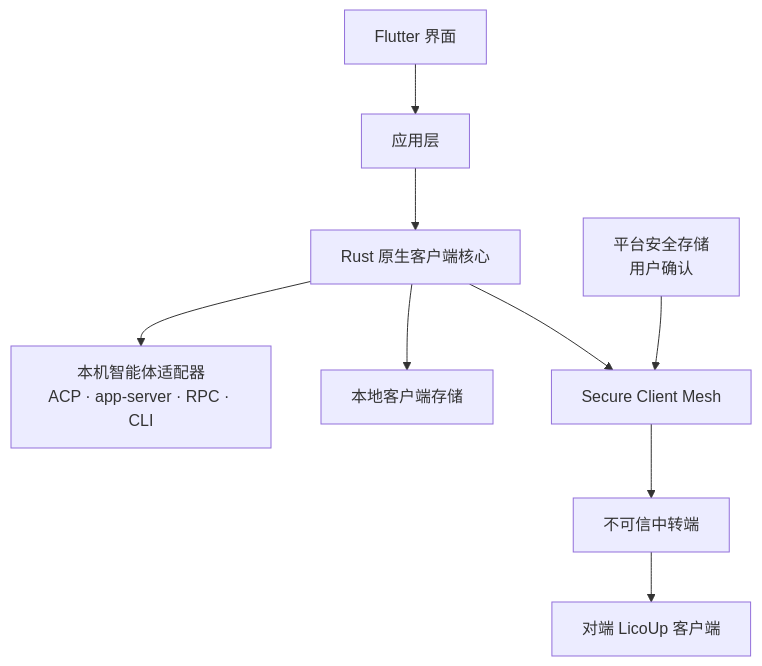
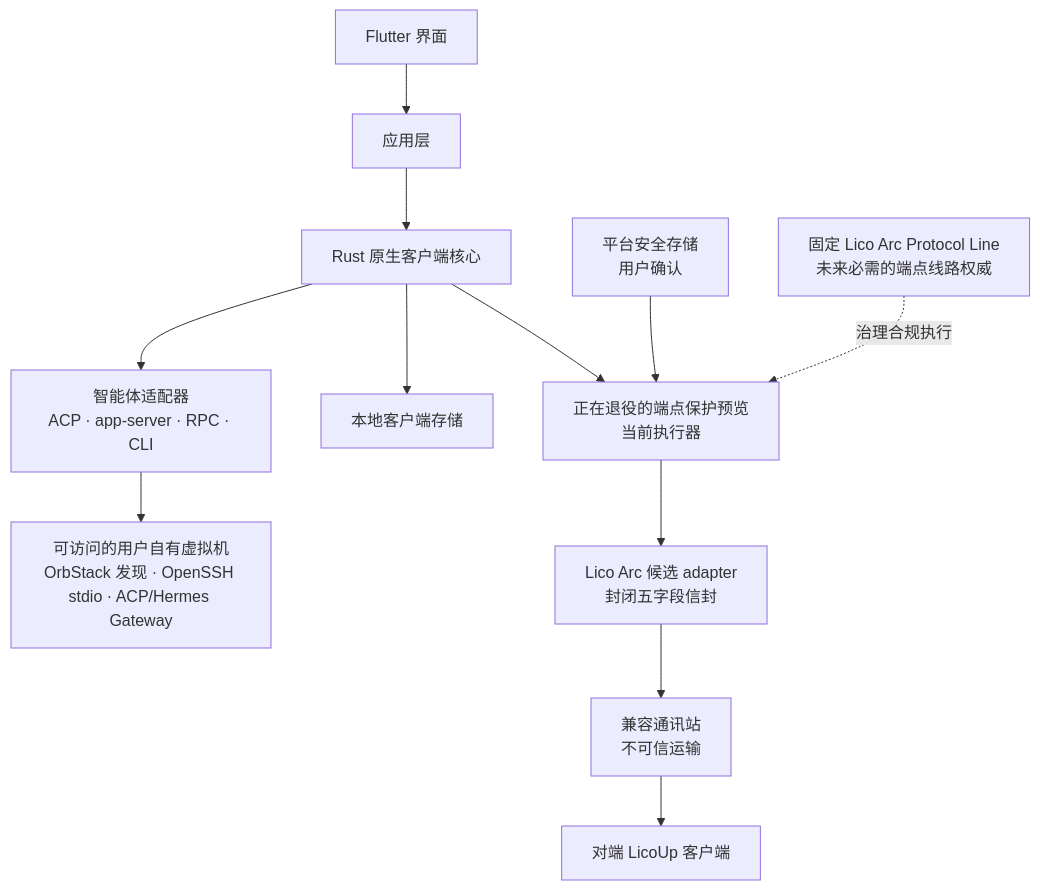
The first of 3 diagrams in docs/architecture/README.zh-CN.md (LicoLand/LicoUp), drawn with Mermaid before and after one commit. The commit also changed other lines of this file and 1363 other files, not shown here.

````diff
--- a/docs/architecture/README.zh-CN.md
+++ b/docs/architecture/README.zh-CN.md
@@ -22,11 +24,14 @@
 ```mermaid
 flowchart TB
     UI["Flutter 界面"] --> APP["应用层"]
     APP --> CORE["Rust 原生客户端核心"]
-    CORE --> AGENTS["本机智能体适配器<br/>ACP · app-server · RPC · CLI"]
+    CORE --> AGENTS["智能体适配器<br/>ACP · app-server · RPC · CLI"]
+    AGENTS --> VM["可访问的用户自有虚拟机<br/>OrbStack 发现 · OpenSSH stdio · ACP/Hermes Gateway"]
     CORE --> STORE["本地客户端存储"]
-    CORE --> MESH["Secure Client Mesh"]
-    MESH --> RELAY["不可信中转端"]
-    RELAY --> PEER["对端 LicoUp 客户端"]
+    CORE --> MESH["正在退役的端点保护预览<br/>当前执行器"]
+    MESH --> ARC["Lico Arc 候选 adapter<br/>封闭五字段信封"]
+    ARC --> STATION["兼容通讯站<br/>不可信运输"]
+    STATION --> PEER["对端 LicoUp 客户端"]
     KEYS["平台安全存储<br/>用户确认"] --> MESH
+    LINE["固定 Lico Arc Protocol Line<br/>未来必需的端点线路权威"] -. "治理合规执行" .-> MESH
 ```
````
